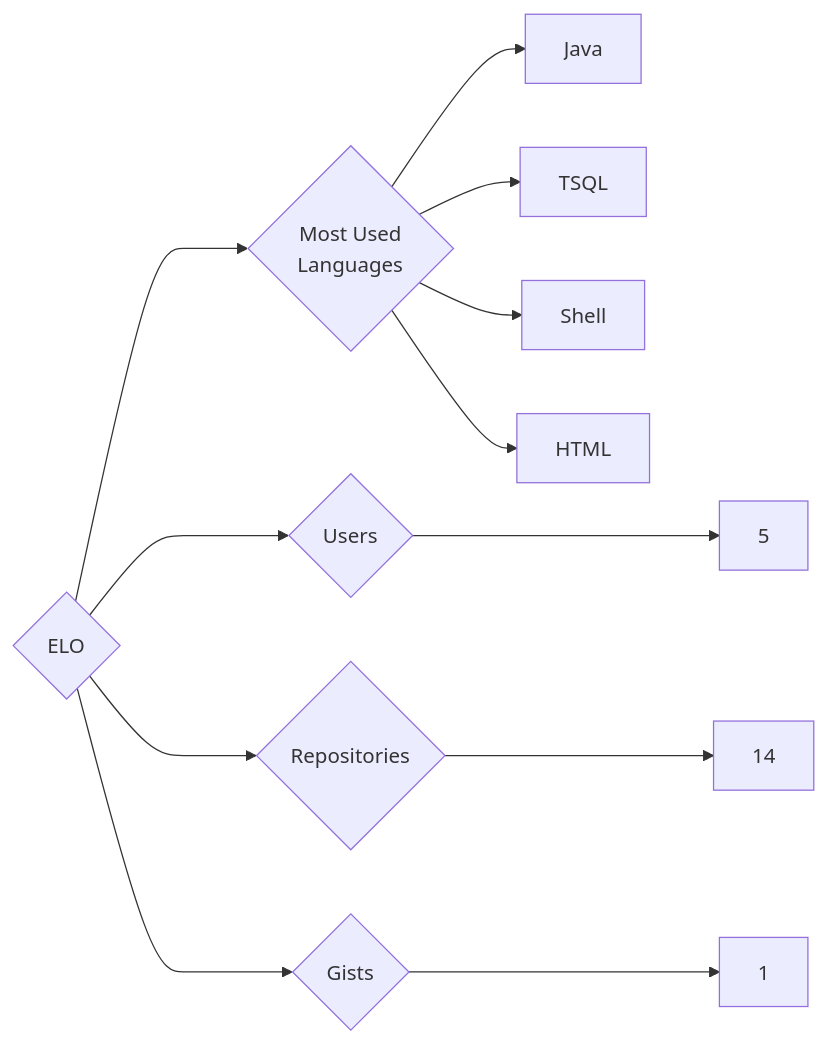
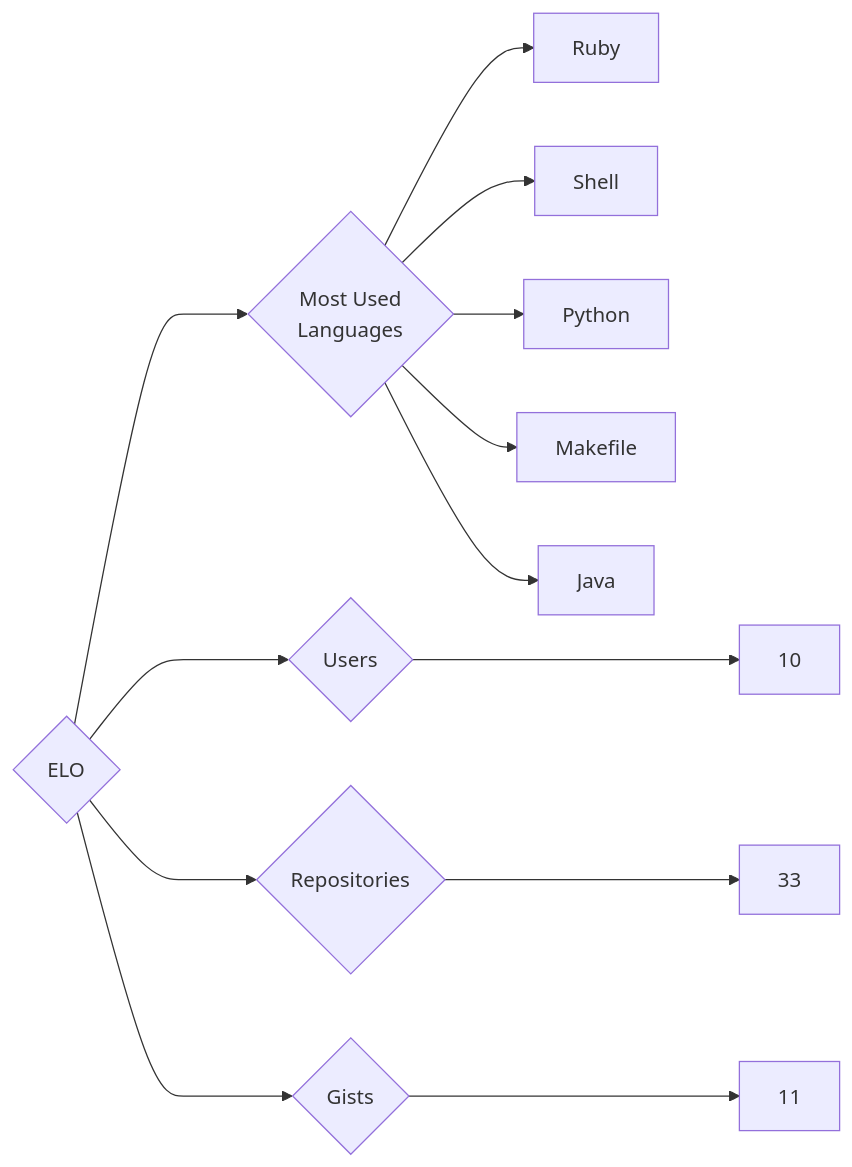
Before and after one commit to trickest/insiders: the diagram in targets/ELO/README.md, drawn with Mermaid. The commit also changed 1314 other files, not shown here.

````diff
--- a/targets/ELO/README.md
+++ b/targets/ELO/README.md
@@ -3,12 +3,13 @@
 ```mermaid
 graph LR
 COMPANY_NAME{ELO}
-COMPANY_NAME ---> U{Users} ---> UN[5]
-COMPANY_NAME ---> R{Repositories} ---> RN[14]
-COMPANY_NAME ---> G{Gists} ---> GN[1]
+COMPANY_NAME ---> U{Users} ---> UN[10]
+COMPANY_NAME ---> R{Repositories} ---> RN[33]
+COMPANY_NAME ---> G{Gists} ---> GN[11]
 COMPANY_NAME ---> ML{Most Used<br>Languages}
+ML --> Ruby[Ruby]
+ML --> Shell[Shell]
+ML --> Python[Python]
+ML --> Makefile[Makefile]
 ML --> Java[Java]
-ML --> TSQL[TSQL]
-ML --> Shell[Shell]
-ML --> HTML[HTML]
 ```
````
